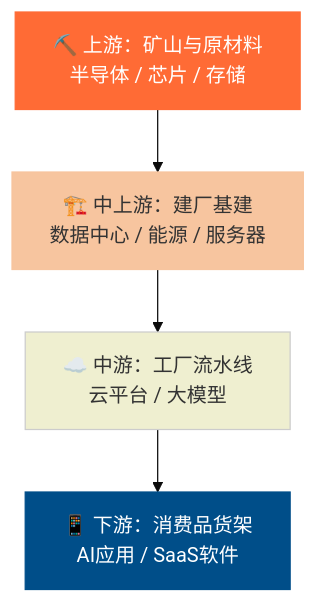
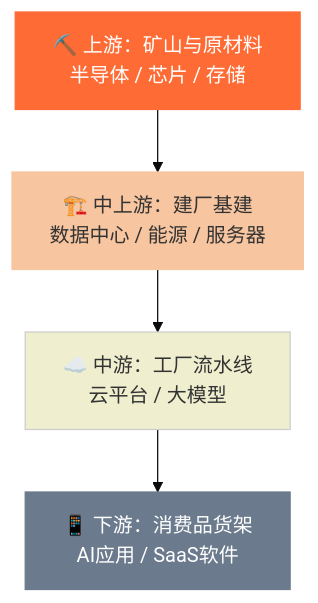
One commit to dumpling404/obsidian_note changed the first of 3 diagrams in content/代加工食材/AI产业链全景图.md. Above: the diagram before and after it, drawn with Mermaid (base theme). The commit also changed other lines of this file, not shown here.

Commit message:
fix dark node text

````diff
--- a/content/代加工食材/AI产业链全景图.md
+++ b/content/代加工食材/AI产业链全景图.md
@@ -9,11 +9,11 @@
 ```mermaid
 graph TD
     A["⛏️ 上游：矿山与原材料<br/>半导体 / 芯片 / 存储"] --> B["🏗️ 中上游：建厂基建<br/>数据中心 / 能源 / 服务器"]
     B --> C["☁️ 中游：工厂流水线<br/>云平台 / 大模型"]
     C --> D["📱 下游：消费品货架<br/>AI应用 / SaaS软件"]
 
     style A fill:#FF6B35,color:#fff,stroke:#FF6B35
     style B fill:#F7C59F,color:#333,stroke:#F7C59F
     style C fill:#EFEFD0,color:#333,stroke:#ccc
-    style D fill:#004E89,color:#fff,stroke:#004E89
+    style D fill:#6b7a8d,color:#fff,stroke:#6b7a8d
 ```
````
